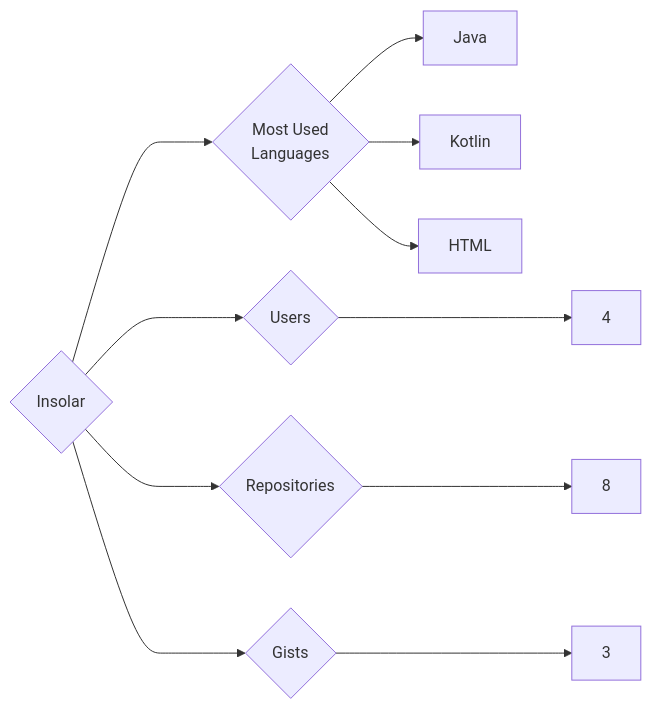
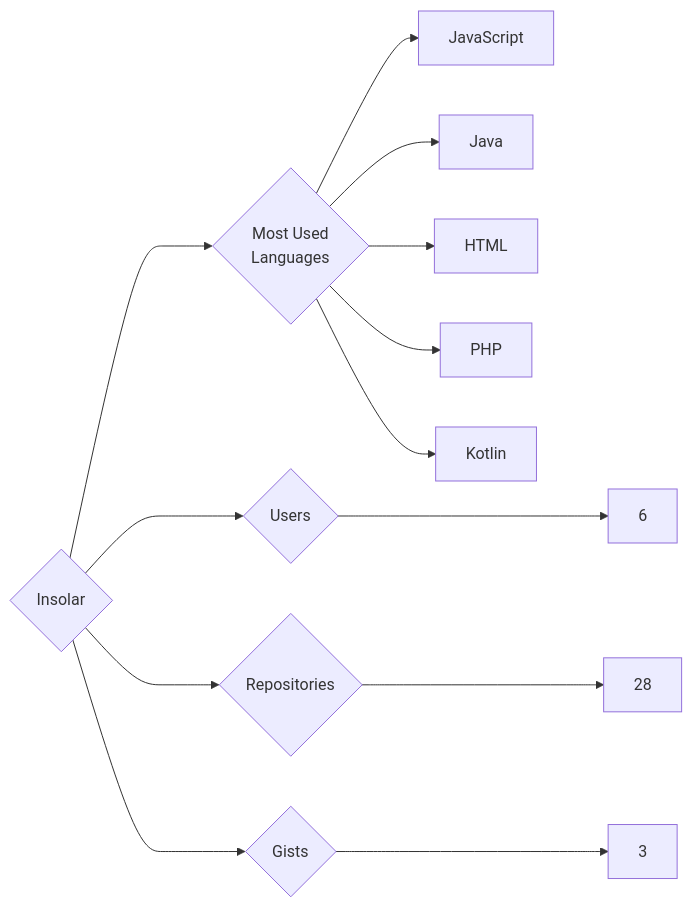
One commit to trickest/insiders changed the diagram in targets/Insolar/README.md. Above: the diagram before and after it, drawn with Mermaid. The commit also changed 942 other files, not shown here.

````diff
--- a/targets/Insolar/README.md
+++ b/targets/Insolar/README.md
@@ -3,11 +3,13 @@
 ```mermaid
 graph LR
 COMPANY_NAME{Insolar}
-COMPANY_NAME ---> U{Users} ---> UN[4]
-COMPANY_NAME ---> R{Repositories} ---> RN[8]
+COMPANY_NAME ---> U{Users} ---> UN[6]
+COMPANY_NAME ---> R{Repositories} ---> RN[28]
 COMPANY_NAME ---> G{Gists} ---> GN[3]
 COMPANY_NAME ---> ML{Most Used<br>Languages}
+ML --> JavaScript[JavaScript]
 ML --> Java[Java]
+ML --> HTML[HTML]
+ML --> PHP[PHP]
 ML --> Kotlin[Kotlin]
-ML --> HTML[HTML]
 ```
````
